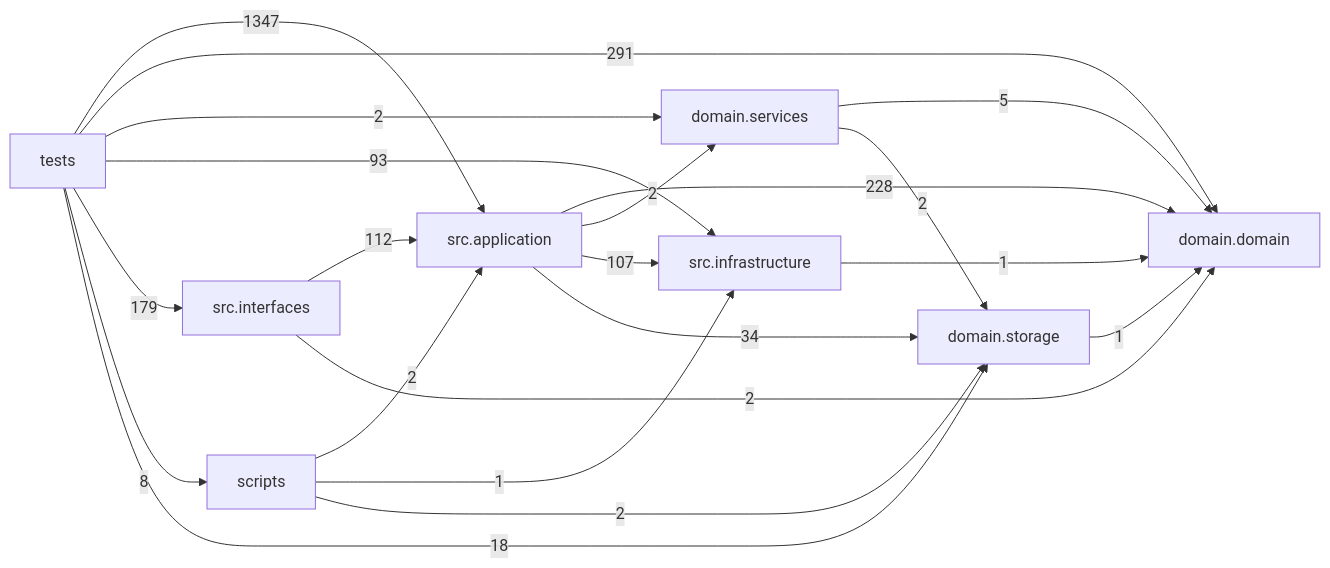
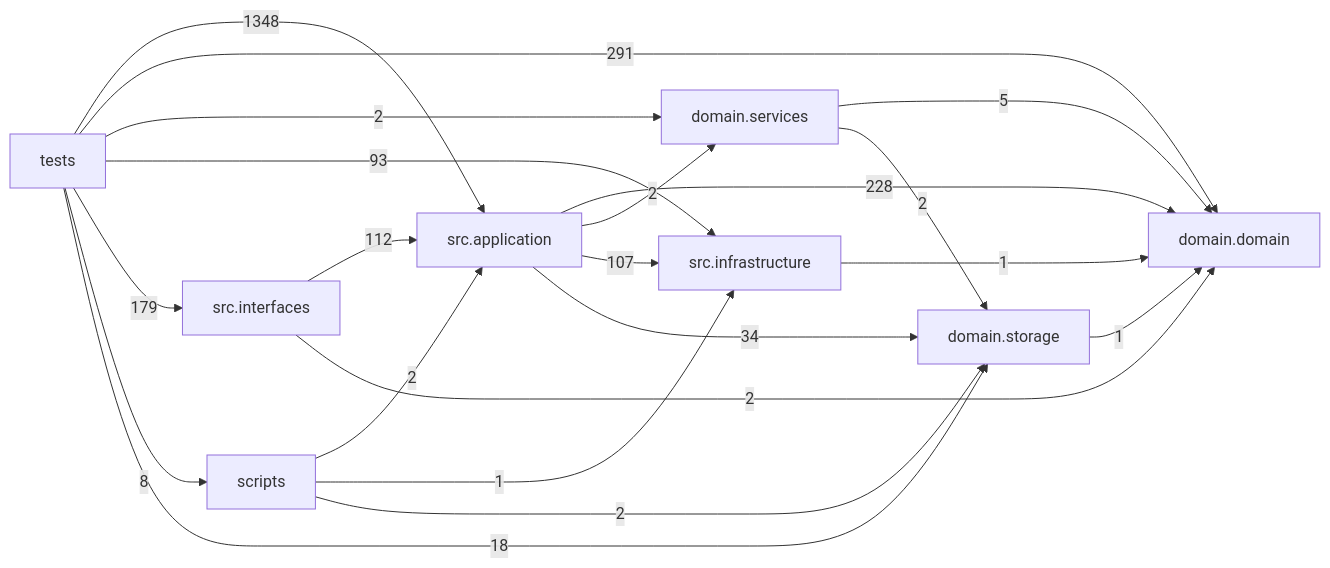
The diagram in docs/DEPENDENCY_GRAPH.md (liuxie066/options-monitor), drawn with Mermaid before and after one commit. The commit also changed other lines of this file, not shown here.

Commit message:
chore: refresh dependency graph for release

````diff
--- a/docs/DEPENDENCY_GRAPH.md
+++ b/docs/DEPENDENCY_GRAPH.md
@@ -24,31 +24,31 @@
 ```mermaid
 flowchart LR
   tests["tests"]
   scripts["scripts"]
   interfaces["src.interfaces"]
   application["src.application"]
   infrastructure["src.infrastructure"]
   domain_services["domain.services"]
   domain["domain.domain"]
   storage["domain.storage"]
   application -->|228| domain
   application -->|2| domain_services
   application -->|107| infrastructure
   application -->|34| storage
   domain_services -->|5| domain
   domain_services -->|2| storage
   infrastructure -->|1| domain
   interfaces -->|112| application
   interfaces -->|2| domain
   scripts -->|2| application
   scripts -->|1| infrastructure
   scripts -->|2| storage
   storage -->|1| domain
-  tests -->|1347| application
+  tests -->|1348| application
   tests -->|291| domain
   tests -->|2| domain_services
   tests -->|93| infrastructure
   tests -->|179| interfaces
   tests -->|8| scripts
   tests -->|18| storage
 ```
````
